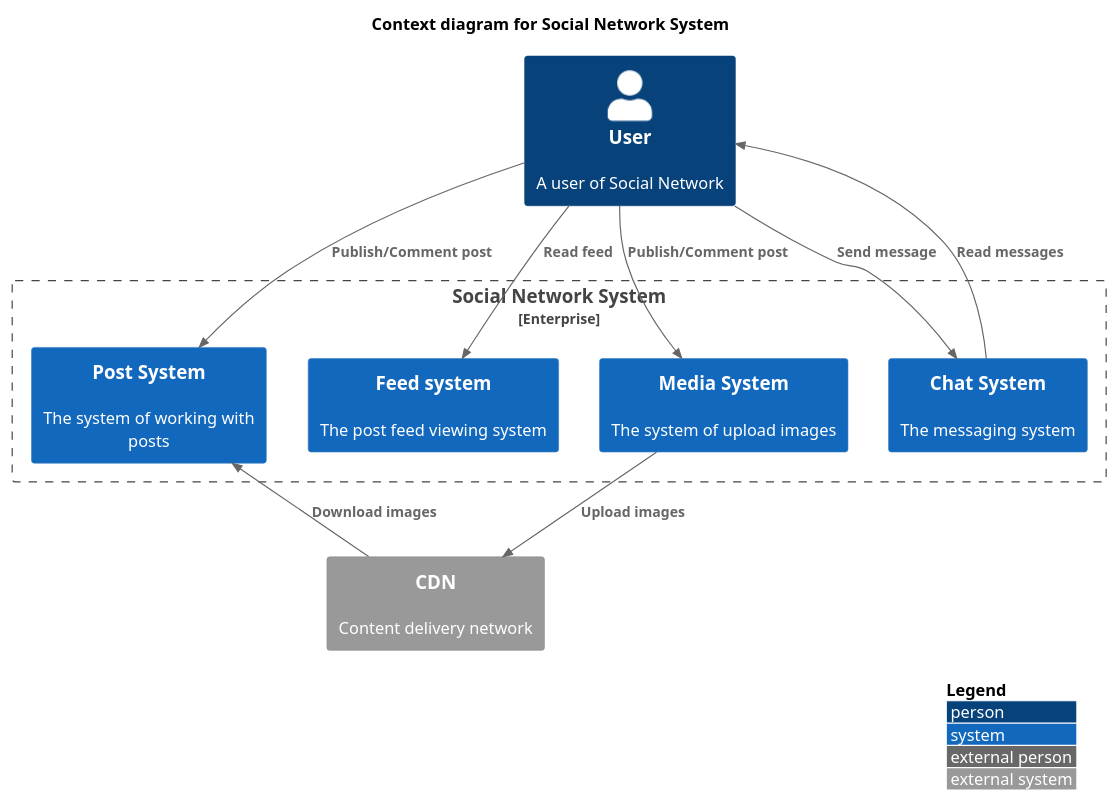
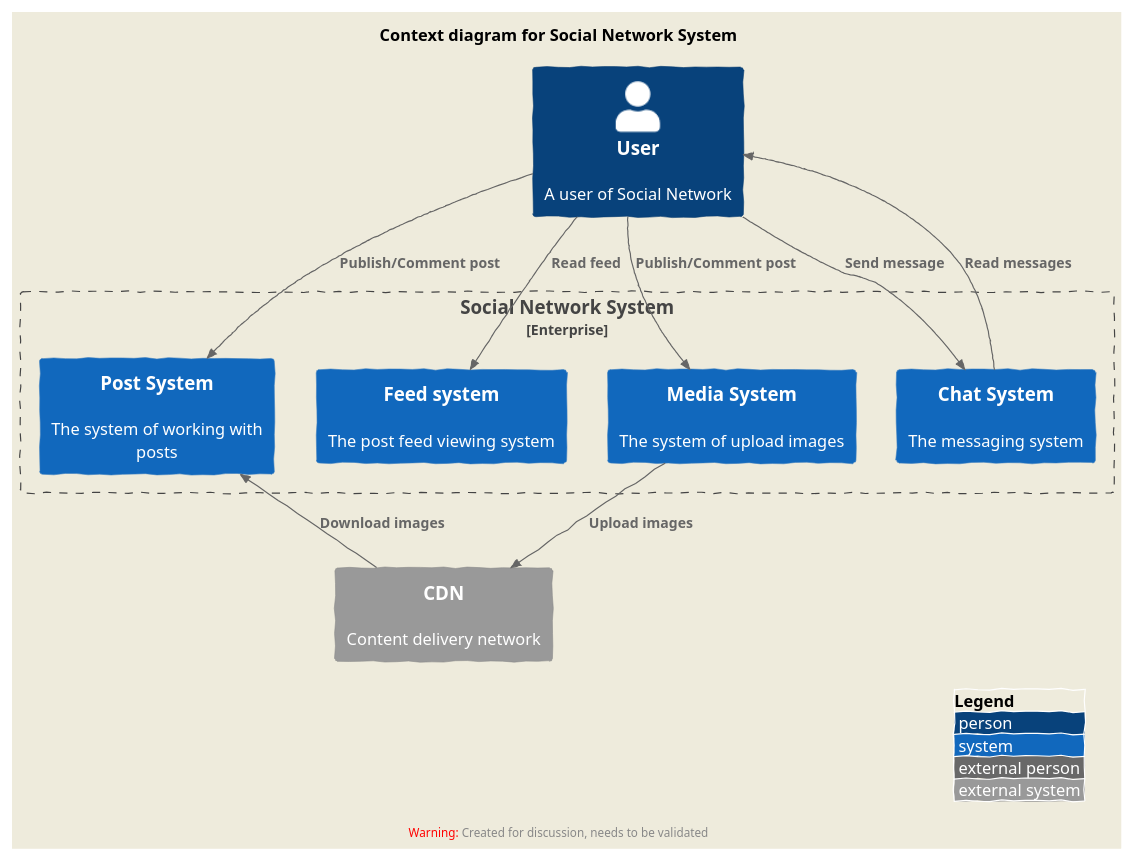
The diagram in database/C4Model/context.puml (AlexSkolnik/social_network_system_design), drawn with PlantUML before and after one commit. The commit also changed 1 other file, not shown here.

```diff
--- a/database/C4Model/context.puml
+++ b/database/C4Model/context.puml
@@ -1,37 +1,35 @@
 @startuml "enterprise"
 !include https://raw.githubusercontent.com/plantuml-stdlib/C4-PlantUML/master/C4_Context.puml
-' uncomment the following line and comment the first to use locally
-' !include C4_Context.puml
 
 LAYOUT_TOP_DOWN()
-'LAYOUT_AS_SKETCH()
+LAYOUT_AS_SKETCH()
 LAYOUT_WITH_LEGEND()
 
 title Context diagram for Social Network System
 
 Person(user, User, "A user of Social Network")
 
 Enterprise_Boundary(c0, "Social Network System") {
     System(feed_system, "Feed system", "The post feed viewing system")
 
     System(chat_system, "Chat System", "The messaging system")
 
     System(post_system, "Post System", "The system of working with posts")
 
     System(media_system, "Media System", "The system of upload images")
 }
 
 System_Ext(cdn, "CDN", "Content delivery network")
 
 Rel(user, feed_system, "Read feed")
 
 Rel(user, chat_system, "Send message")
 Rel(chat_system, user, "Read messages")
 
 Rel(user, post_system, "Publish/Comment post")
 Rel(user, media_system, "Publish/Comment post")
 
 Rel_D(media_system, cdn, "Upload images")
 Rel_U(cdn, post_system, "Download images")
 
 @enduml
```
